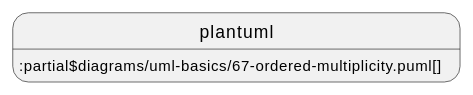
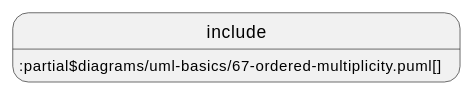
The fourth of 24 diagrams in documentation/IDTA-01001/modules/ROOT/pages/annex/uml.adoc (acplt/aas-specs), drawn with PlantUML before and after one commit. The commit also changed other lines of this file and 14 other files, not shown here.

First line of the commit message:
Revert "Use plantuml instead of include and test ./"

```diff
--- a/documentation/IDTA-01001/modules/ROOT/pages/annex/uml.adoc
+++ b/documentation/IDTA-01001/modules/ROOT/pages/annex/uml.adoc
@@ -83,4 +83,4 @@
 [plantuml, 67-ordered-multiplicity, svg]
 ....
-plantuml::partial$diagrams/uml-basics/67-ordered-multiplicity.puml[]
+include::partial$diagrams/uml-basics/67-ordered-multiplicity.puml[]
 ....
```
